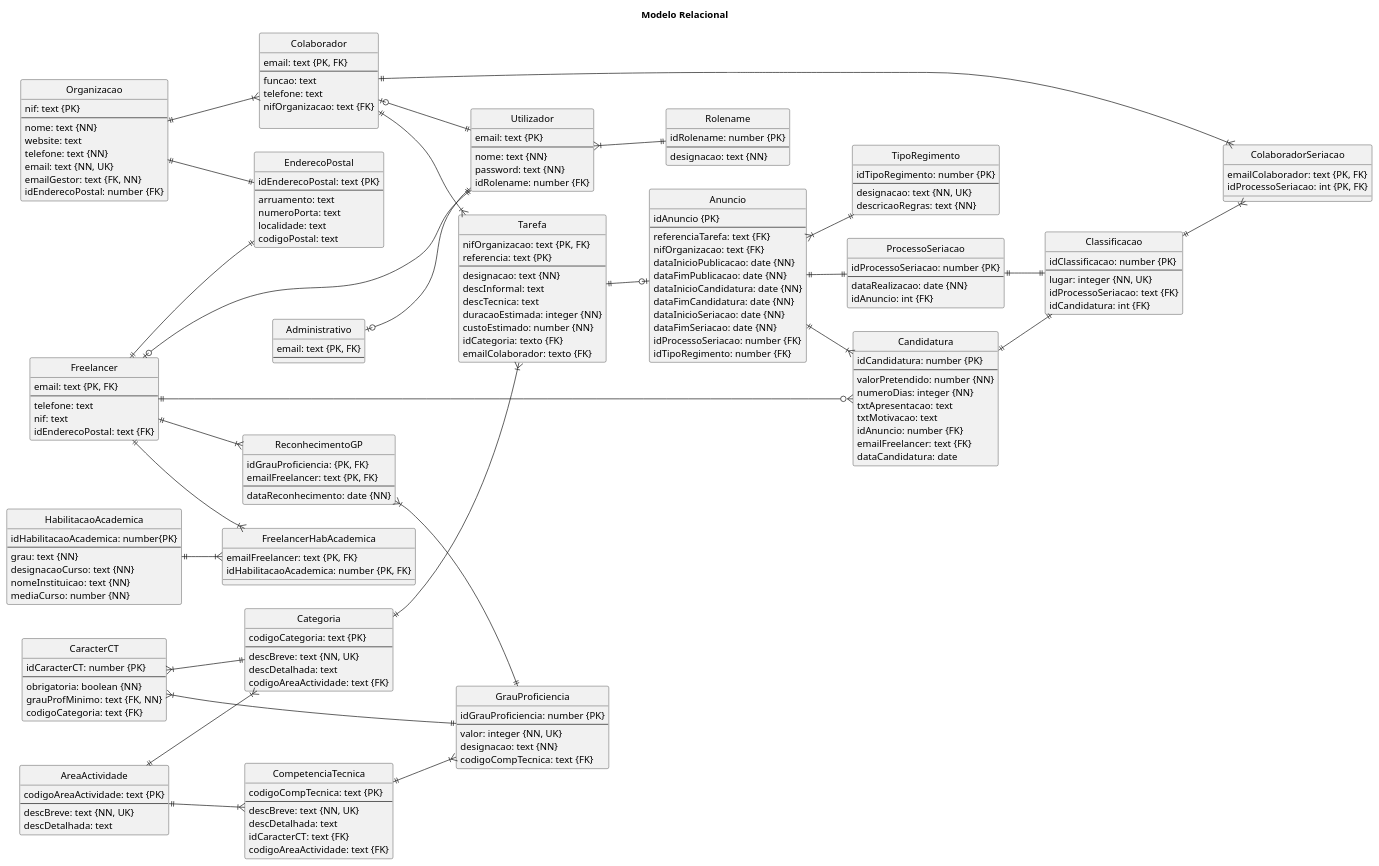
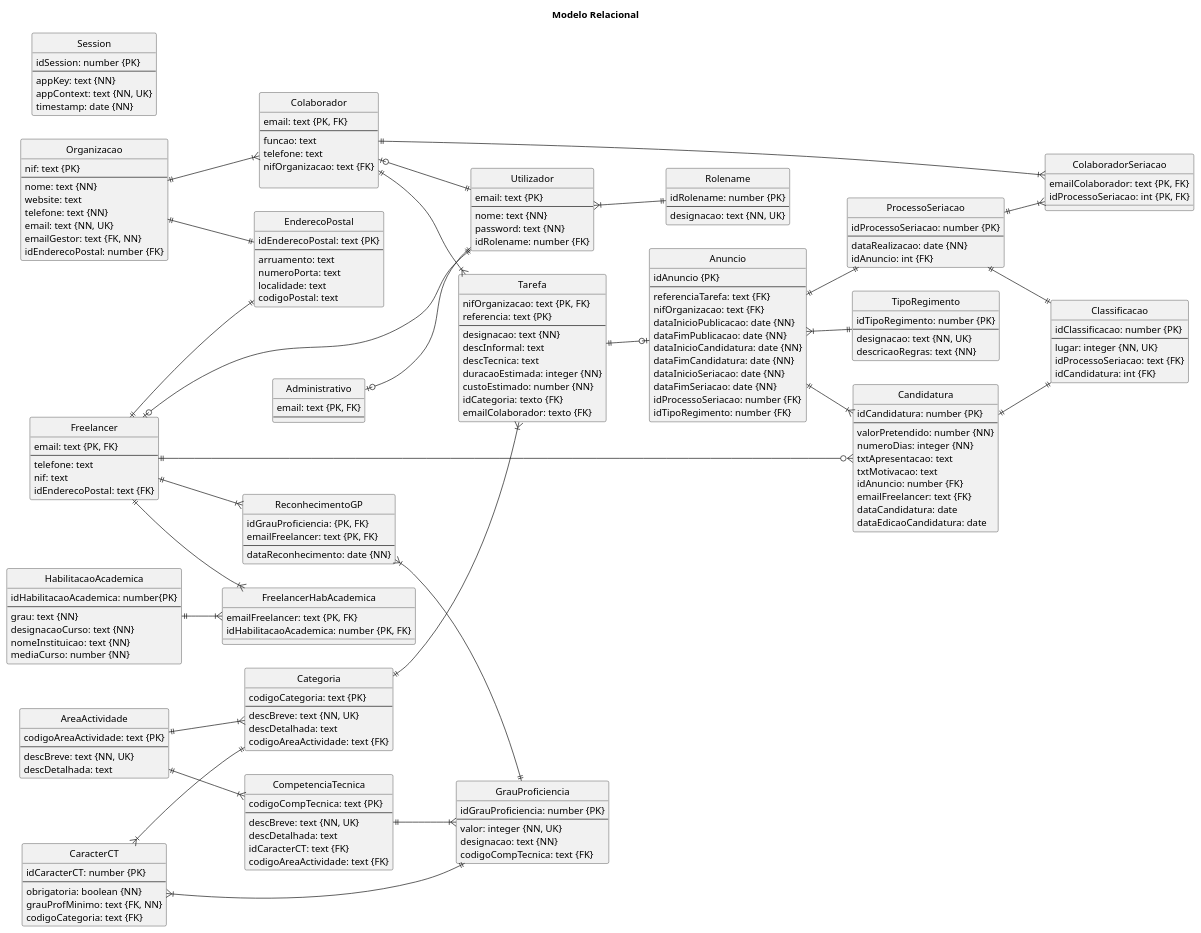
The diagram in BaseDados/Modelo_Relacional.puml (blestonbandeiraUPSKILL/upskill_java1_labprg_grupo2), drawn with PlantUML before and after one commit. The commit also changed 203 other files, not shown here.

```diff
--- a/BaseDados/Modelo_Relacional.puml
+++ b/BaseDados/Modelo_Relacional.puml
@@ -42,12 +42,6 @@
 entity "Administrativo" {
     email: text {PK, FK}
     --
-}
-
-entity "Rolename" {
-    idRolename: number {PK}
-    --
-    designacao: text {NN}
 }
 
 entity "Categoria" {
@@ -160,6 +154,7 @@
     idAnuncio: number {FK}
     emailFreelancer: text {FK}
     dataCandidatura: date
+    dataEdicaoCandidatura: date
 }
 
 entity "HabilitacaoAcademica" {
@@ -191,6 +186,20 @@
     codigoCategoria: text {FK}
 }
 
+entity "Session" {
+    idSession: number {PK}
+    --
+    appKey: text {NN}
+    appContext: text {NN, UK}
+    timestamp: date {NN}
+}
+
+entity "Rolename" {
+    idRolename: number {PK}
+    --
+    designacao: text {NN, UK}
+}
+
 
 
 AreaActividade ||--|{ Categoria
@@ -217,7 +226,7 @@
 ReconhecimentoGP }|--|| GrauProficiencia
 CaracterCT }|--|| Categoria
 CaracterCT }|--|| GrauProficiencia
-Classificacao ||--|{ ColaboradorSeriacao
+ProcessoSeriacao ||--|{ ColaboradorSeriacao
 Colaborador ||--|{ ColaboradorSeriacao
 Utilizador }|--|| Rolename
 
```
